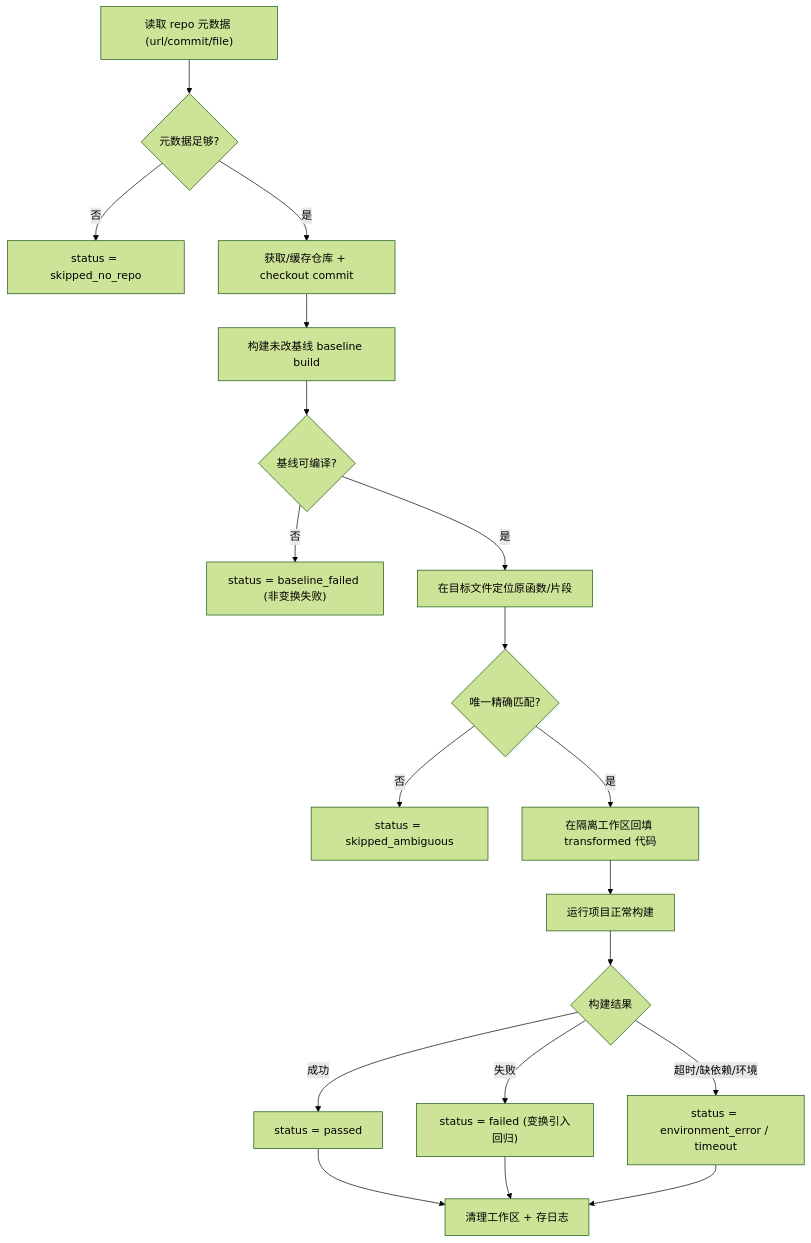
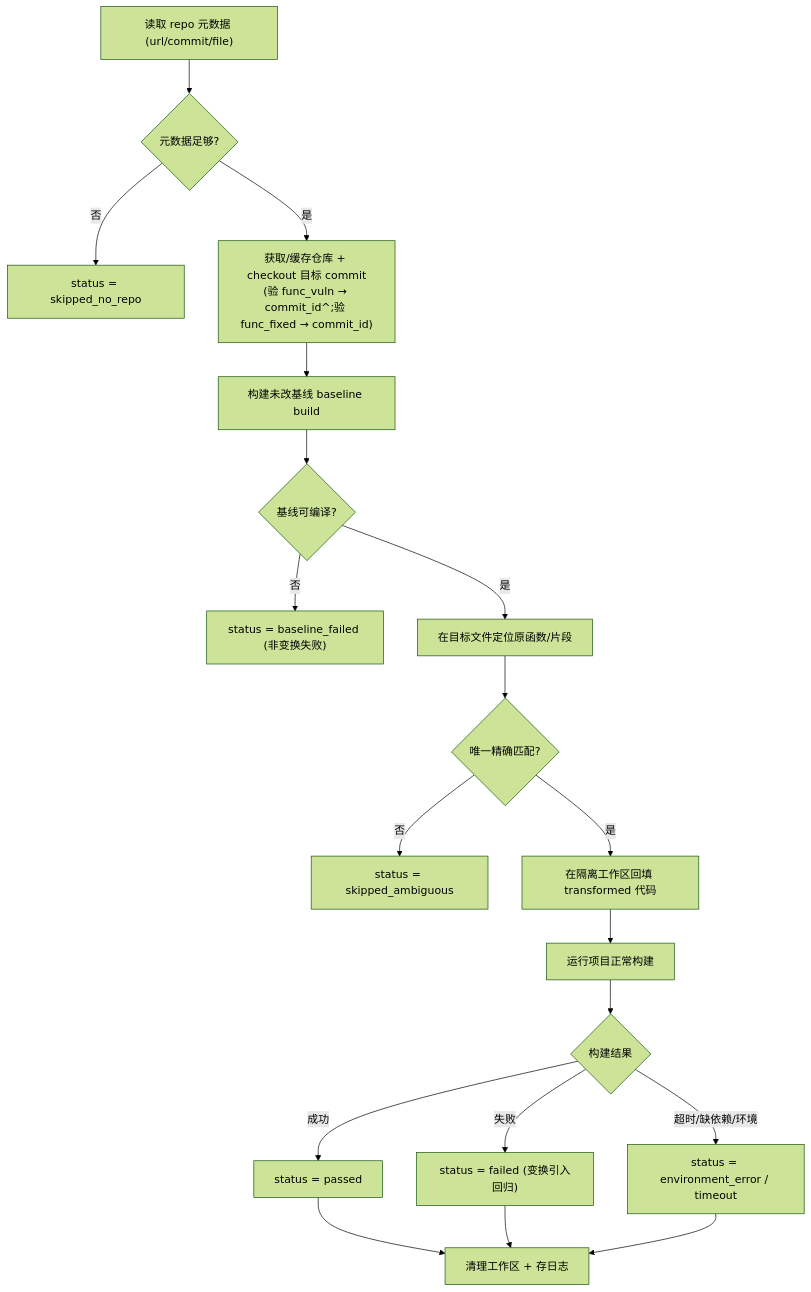
One commit to TerryL6/cpp-transformation changed the diagram in .cursor/plans/framework_plan_v3_zh.plan.md. Above: the diagram before and after it, drawn with Mermaid (forest theme). The commit also changed other lines of this file and 26 other files, not shown here.

````diff
--- a/.cursor/plans/framework_plan_v3_zh.plan.md
+++ b/.cursor/plans/framework_plan_v3_zh.plan.md
@@ -48,21 +49,21 @@
 ```mermaid
 flowchart TD
   meta["读取 repo 元数据 (url/commit/file)"] --> avail{"元数据足够?"}
   avail -->|否| skipNoRepo["status = skipped_no_repo"]
-  avail -->|是| provision["获取/缓存仓库 + checkout commit"]
+  avail -->|是| provision["获取/缓存仓库 + checkout 目标 commit<br/>(验 func_vuln → commit_id^;验 func_fixed → commit_id)"]
   provision --> baseline["构建未改基线 baseline build"]
   baseline --> basejudge{"基线可编译?"}
   basejudge -->|否| baseFail["status = baseline_failed (非变换失败)"]
   basejudge -->|是| locate["在目标文件定位原函数/片段"]
   locate --> match{"唯一精确匹配?"}
   match -->|否| ambig["status = skipped_ambiguous"]
   match -->|是| place["在隔离工作区回填 transformed 代码"]
   place --> build["运行项目正常构建"]
   build --> judge{"构建结果"}
   judge -->|成功| passed["status = passed"]
   judge -->|失败| failed["status = failed (变换引入回归)"]
   judge -->|超时/缺依赖/环境| envErr["status = environment_error / timeout"]
   passed --> cleanup["清理工作区 + 存日志"]
   failed --> cleanup
   envErr --> cleanup
 ```
````
